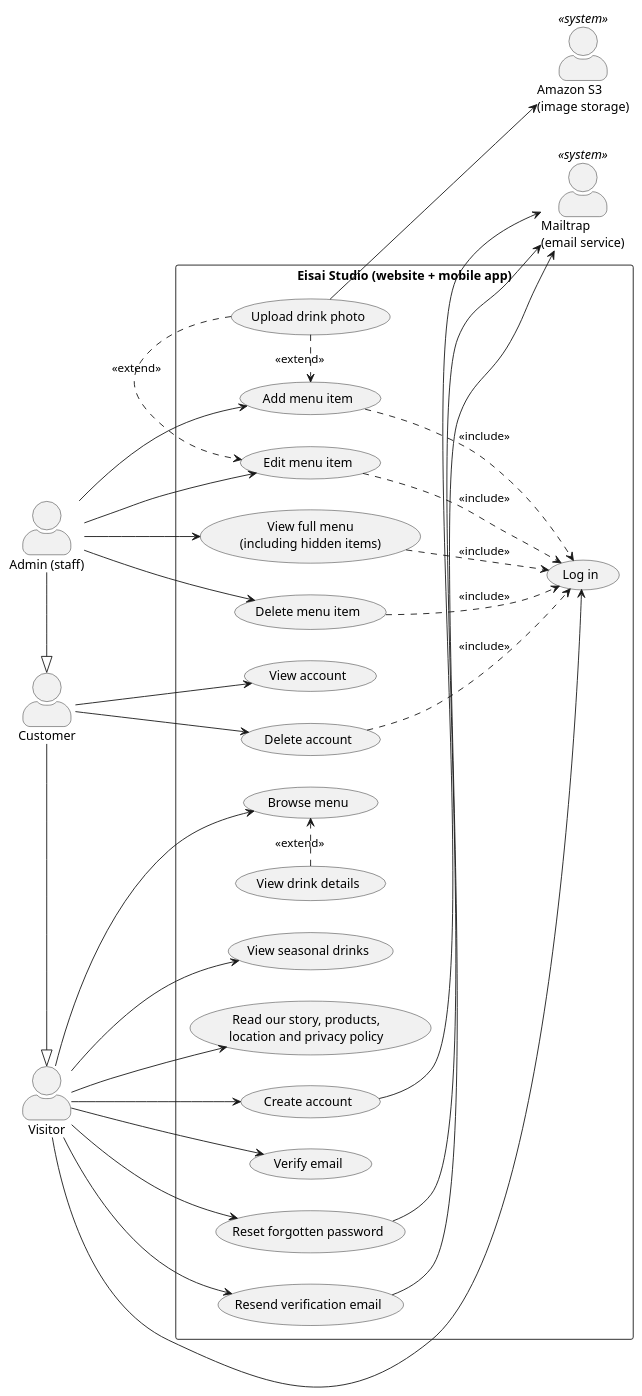
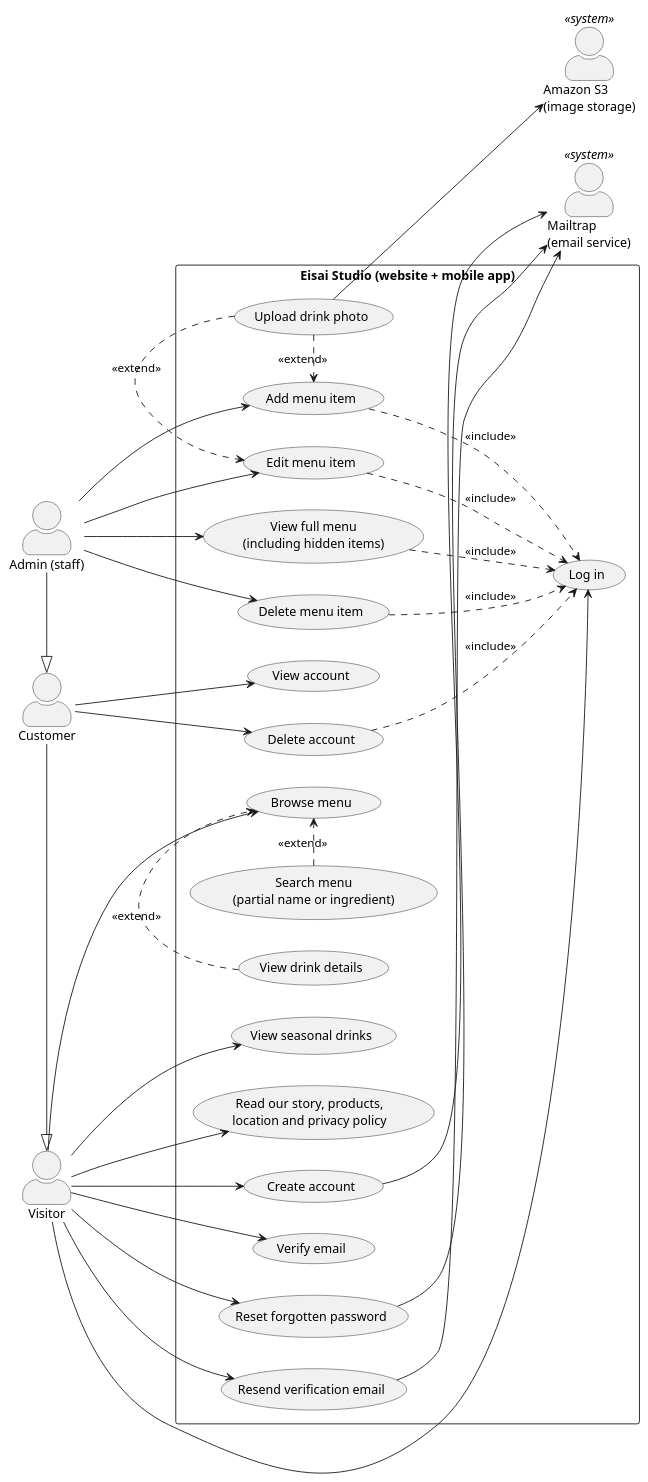
One commit to rubaismail/eisai-studio-matcha changed the diagram in docs/diagrams/use-case.puml. Above: the diagram before and after it, drawn with PlantUML. The commit also changed 1 other file, not shown here.

Commit message:
Add menu search to the use-case diagram
"Search menu (partial name or ingredient)" extends "Browse menu", matching
the search API added in #128. Exported with PlantUML 1.2024.7 (smetana).

```diff
--- a/docs/diagrams/use-case.puml
+++ b/docs/diagrams/use-case.puml
@@ -1,69 +1,71 @@
 @startuml
 ' Use cases for the Eisai Studio website (React) and mobile app (Flutter).
 ' Both clients call the same API at https://api.eisaistudio.com/api.
 left to right direction
 skinparam packageStyle rectangle
 skinparam actorStyle awesome
 
 actor Visitor
 actor Customer
 actor "Admin (staff)" as Admin
 actor "Mailtrap\n(email service)" as Mailtrap <<system>>
 actor "Amazon S3\n(image storage)" as S3 <<system>>
 
 Customer -|> Visitor
 Admin -|> Customer
 
 rectangle "Eisai Studio (website + mobile app)" {
   usecase "Browse menu" as UC_Menu
+  usecase "Search menu\n(partial name or ingredient)" as UC_Search
   usecase "View seasonal drinks" as UC_Seasonal
   usecase "View drink details" as UC_Details
   usecase "Read our story, products,\nlocation and privacy policy" as UC_Info
 
   usecase "Create account" as UC_Register
   usecase "Verify email" as UC_Verify
   usecase "Resend verification email" as UC_Resend
   usecase "Log in" as UC_Login
   usecase "Reset forgotten password" as UC_Reset
   usecase "View account" as UC_Account
   usecase "Delete account" as UC_Delete
 
   usecase "View full menu\n(including hidden items)" as UC_AdminMenu
   usecase "Add menu item" as UC_Add
   usecase "Edit menu item" as UC_Edit
   usecase "Delete menu item" as UC_Remove
   usecase "Upload drink photo" as UC_Upload
 }
 
 Visitor --> UC_Menu
 Visitor --> UC_Seasonal
 Visitor --> UC_Info
 Visitor --> UC_Register
 Visitor --> UC_Verify
 Visitor --> UC_Resend
 Visitor --> UC_Login
 Visitor --> UC_Reset
 
 UC_Details .> UC_Menu : <<extend>>
+UC_Search .> UC_Menu : <<extend>>
 
 Customer --> UC_Account
 Customer --> UC_Delete
 
 Admin --> UC_AdminMenu
 Admin --> UC_Add
 Admin --> UC_Edit
 Admin --> UC_Remove
 
 UC_Add ..> UC_Login : <<include>>
 UC_Edit ..> UC_Login : <<include>>
 UC_Remove ..> UC_Login : <<include>>
 UC_AdminMenu ..> UC_Login : <<include>>
 UC_Delete ..> UC_Login : <<include>>
 UC_Upload .> UC_Add : <<extend>>
 UC_Upload .> UC_Edit : <<extend>>
 
 UC_Register --> Mailtrap
 UC_Resend --> Mailtrap
 UC_Reset --> Mailtrap
 UC_Upload --> S3
 @enduml
```
